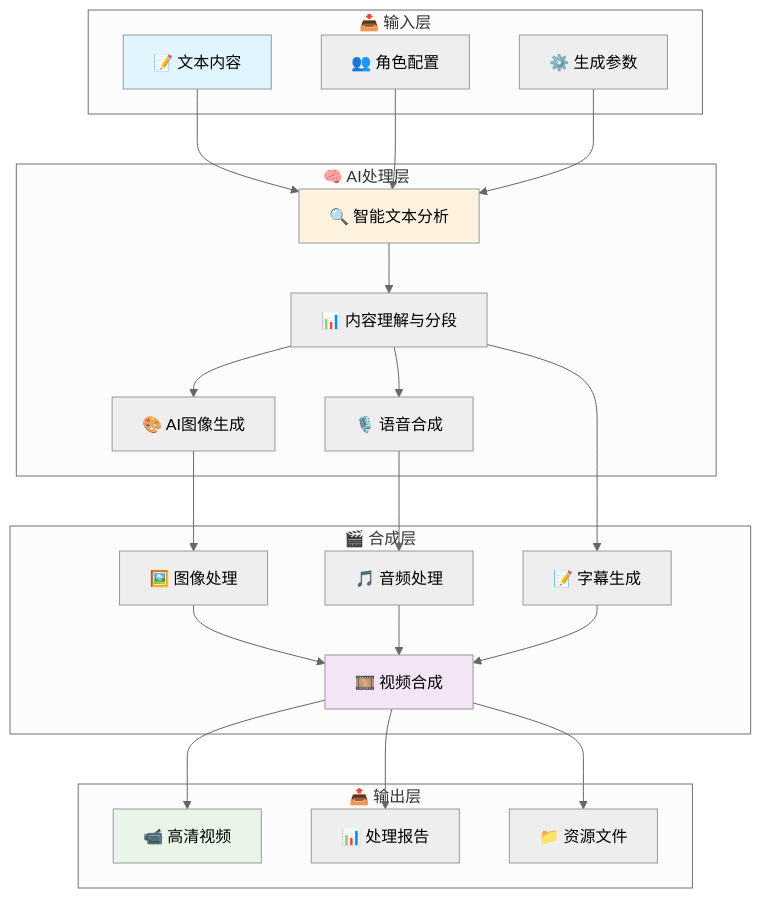
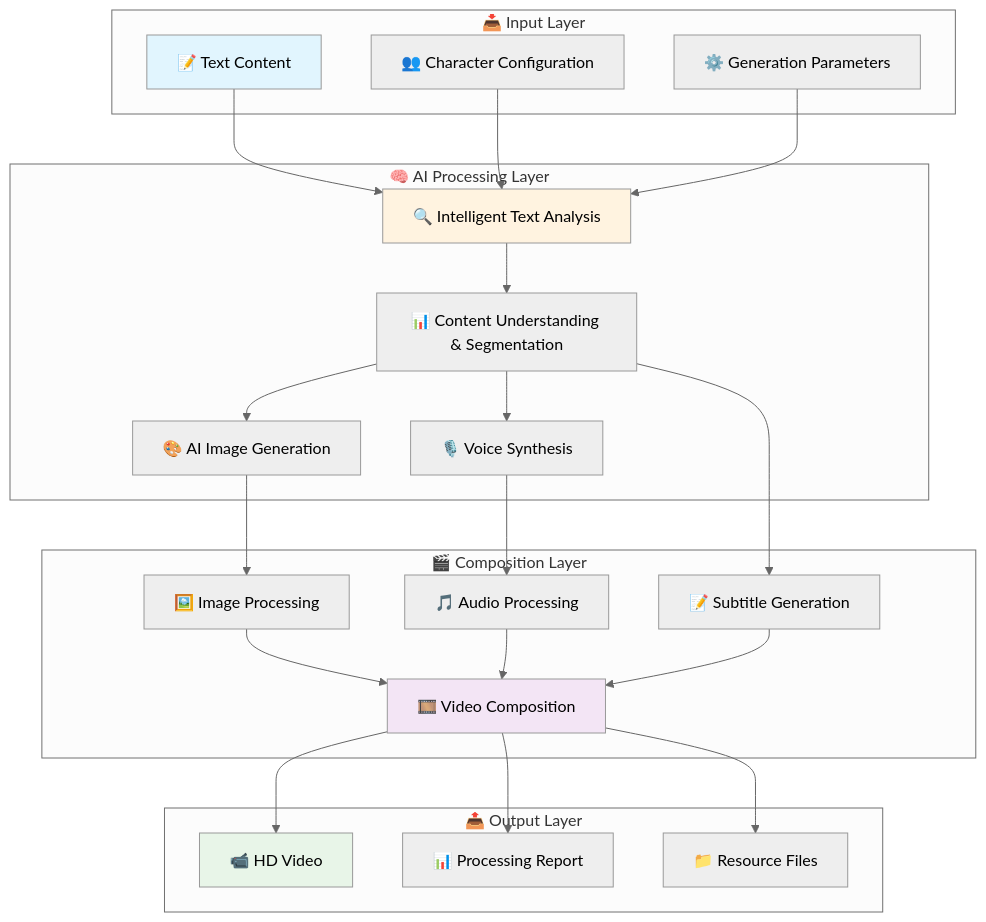
The diagram in README.md (huliux/story-flow), drawn with Mermaid (neutral theme) before and after one commit. The commit also changed other lines of this file and 31 other files, not shown here.

Commit message:
feat(video_music): add video music composition feature

````diff
--- a/README.md
+++ b/README.md
@@ -378,49 +409,49 @@
 ```mermaid
 graph TB
-    subgraph "📥 输入层"
-        A[📝 文本内容]
-        B[👥 角色配置]
-        C[⚙️ 生成参数]
+    subgraph "📥 Input Layer"
+        A[📝 Text Content]
+        B[👥 Character Configuration]
+        C[⚙️ Generation Parameters]
     end
     
-    subgraph "🧠 AI处理层"
-        D[🔍 智能文本分析]
-        E[📊 内容理解与分段]
-        F[🎨 AI图像生成]
-        G[🎙️ 语音合成]
+    subgraph "🧠 AI Processing Layer"
+        D[🔍 Intelligent Text Analysis]
+        E[📊 Content Understanding & Segmentation]
+        F[🎨 AI Image Generation]
+        G[🎙️ Voice Synthesis]
     end
     
-    subgraph "🎬 合成层"
-        H[🖼️ 图像处理]
-        I[🎵 音频处理]
-        J[📝 字幕生成]
-        K[🎞️ 视频合成]
+    subgraph "🎬 Composition Layer"
+        H[🖼️ Image Processing]
+        I[🎵 Audio Processing]
+        J[📝 Subtitle Generation]
+        K[🎞️ Video Composition]
     end
     
-    subgraph "📤 输出层"
-        L[📹 高清视频]
-        M[📊 处理报告]
-        N[📁 资源文件]
+    subgraph "📤 Output Layer"
+        L[📹 HD Video]
+        M[📊 Processing Report]
+        N[📁 Resource Files]
     end
     
     A --> D
     B --> D
     C --> D
     D --> E
     E --> F
     E --> G
     F --> H
     G --> I
     E --> J
     H --> K
     I --> K
     J --> K
     K --> L
     K --> M
     K --> N
     
     style A fill:#e1f5fe
     style L fill:#e8f5e8
     style D fill:#fff3e0
     style K fill:#f3e5f5
 ```
````
